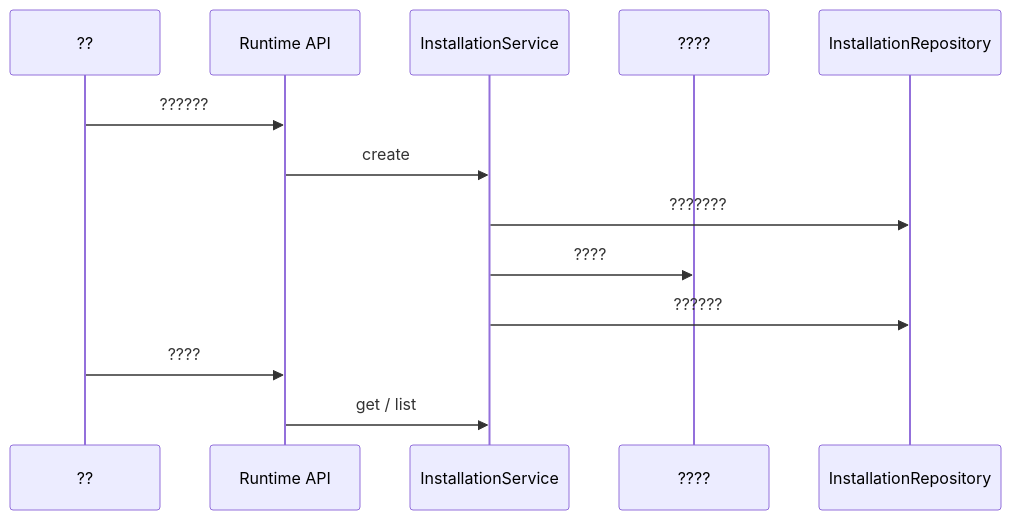
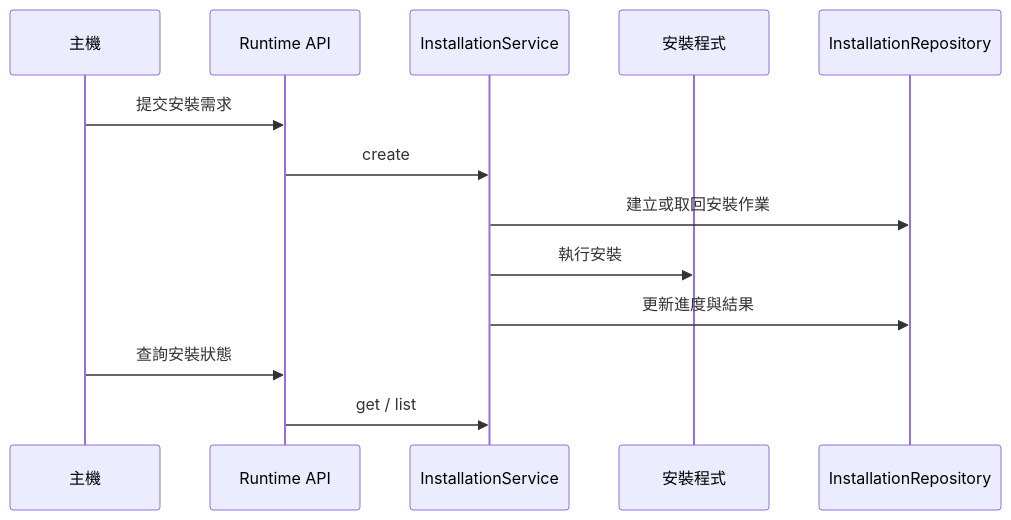
One commit to gx-capture/capture-workbench changed the second of 2 diagrams in docs/domain/provisioning.md. Above: the diagram before and after it, drawn with Mermaid. The commit also changed other lines of this file and 2 other files, not shown here.

````diff
--- a/docs/domain/provisioning.md
+++ b/docs/domain/provisioning.md
@@ -24,15 +24,15 @@
 ```mermaid
 sequenceDiagram
-  participant Host as ??
+  participant Host as 主機
   participant API as Runtime API
   participant Service as InstallationService
-  participant Installer as ????
+  participant Installer as 安裝程式
   participant Repo as InstallationRepository
-  Host->>API: ??????
+  Host->>API: 提交安裝需求
   API->>Service: create
-  Service->>Repo: ???????
-  Service->>Installer: ????
-  Service->>Repo: ??????
-  Host->>API: ????
+  Service->>Repo: 建立或取回安裝作業
+  Service->>Installer: 執行安裝
+  Service->>Repo: 更新進度與結果
+  Host->>API: 查詢安裝狀態
   API->>Service: get / list
 ```
````
